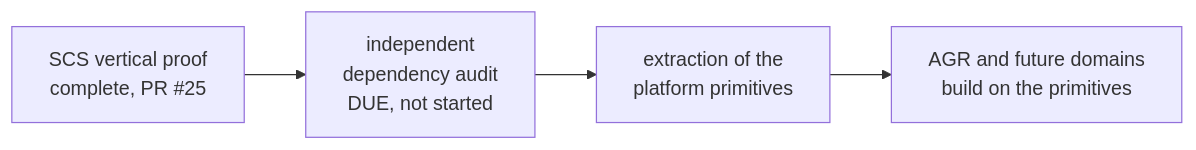
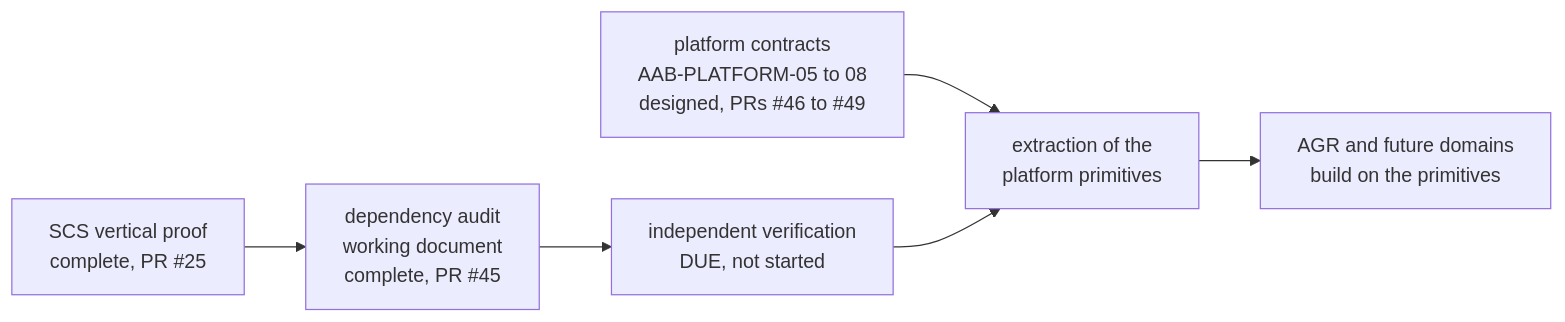
One commit to AdvancedAgricultureBiometrix/aab-source-of-truth changed the third of 3 diagrams in governance/AAB-PLATFORM-ROADMAP-2026-09-27.md. Above: the diagram before and after it, drawn with Mermaid. The commit also changed other lines of this file and 11 other files, not shown here.

````diff
--- a/governance/AAB-PLATFORM-ROADMAP-2026-09-27.md
+++ b/governance/AAB-PLATFORM-ROADMAP-2026-09-27.md
@@ -478,6 +502,8 @@
 ```mermaid
 flowchart LR
-  V[SCS vertical proof<br/>complete, PR #25] --> A[independent<br/>dependency audit<br/>DUE, not started]
-  A --> E[extraction of the<br/>platform primitives]
+  V[SCS vertical proof<br/>complete, PR #25] --> A[dependency audit<br/>working document<br/>complete, PR #45]
+  A --> I[independent verification<br/>DUE, not started]
+  C[platform contracts<br/>AAB-PLATFORM-05 to 08<br/>designed, PRs #46 to #49] --> E
+  I --> E[extraction of the<br/>platform primitives]
   E --> G[AGR and future domains<br/>build on the primitives]
 ```
````
